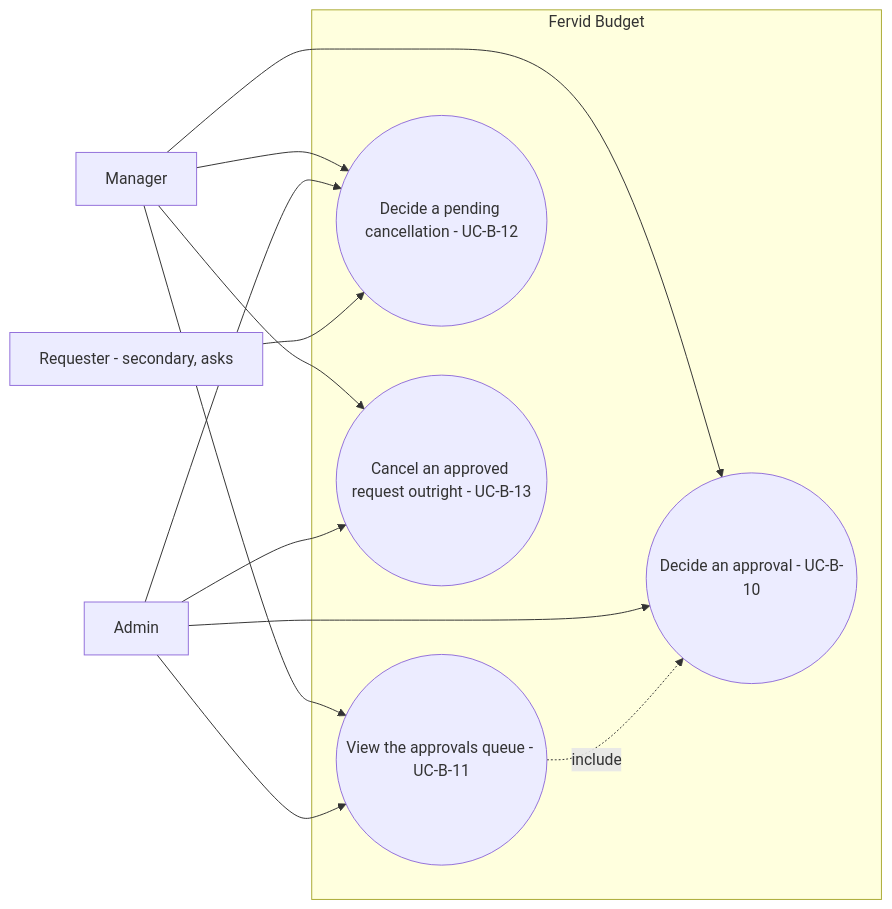
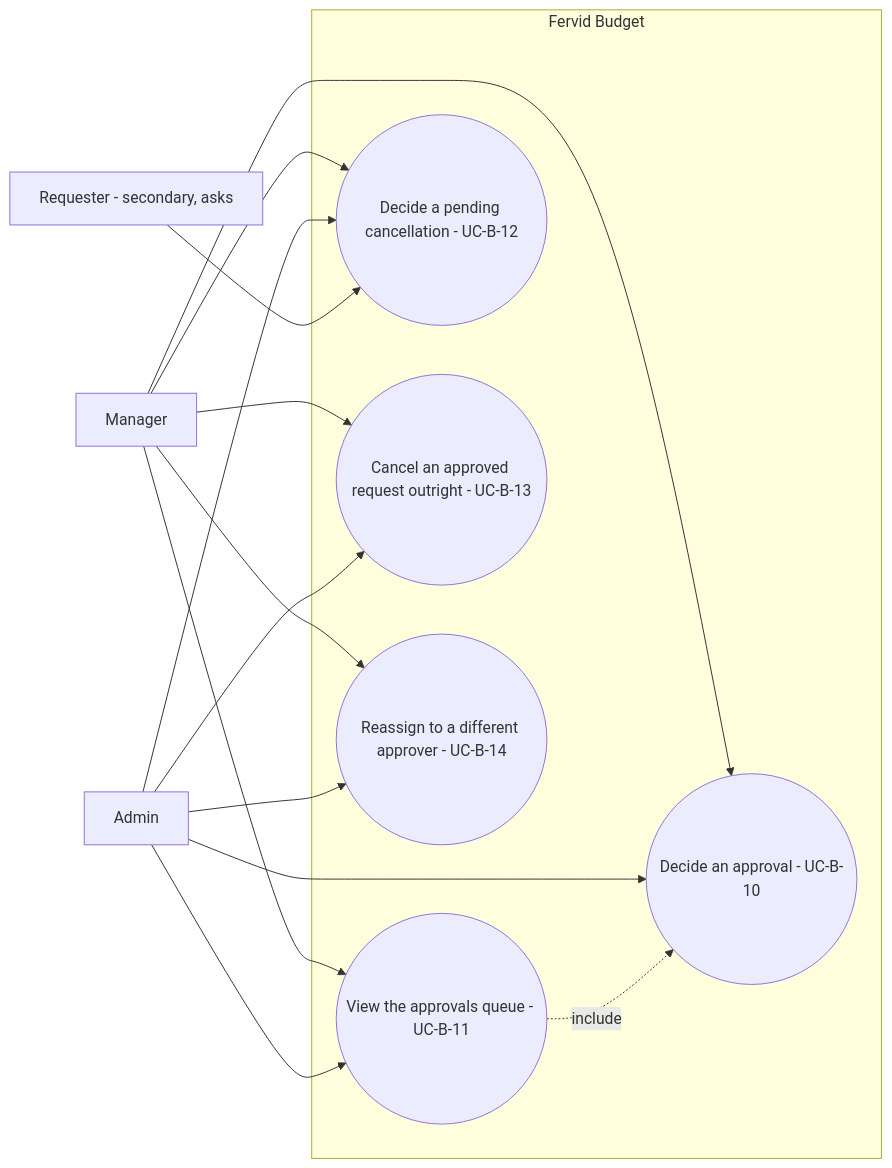
The fifth of 9 diagrams in docs/qa/uml/04-use-case-diagram.md (algotradingfervid/fervid-budget), drawn with Mermaid before and after one commit. The commit also changed other lines of this file and 41 other files, not shown here.

````diff
--- a/docs/qa/uml/04-use-case-diagram.md
+++ b/docs/qa/uml/04-use-case-diagram.md
@@ -243,25 +266,28 @@
 ```mermaid
 flowchart LR
     MG[Manager]
     AD[Admin]
     RQ[Requester - secondary, asks]
 
     subgraph SYS[Fervid Budget]
         UCB10((Decide an approval - UC-B-10))
         UCB11((View the approvals queue - UC-B-11))
         UCB12((Decide a pending cancellation - UC-B-12))
         UCB13((Cancel an approved request outright - UC-B-13))
+        UCB14((Reassign to a different approver - UC-B-14))
     end
 
     MG --> UCB10
     AD --> UCB10
     MG --> UCB11
     AD --> UCB11
     MG --> UCB12
     AD --> UCB12
     MG --> UCB13
     AD --> UCB13
+    MG --> UCB14
+    AD --> UCB14
     RQ --> UCB12
 
     UCB11 -.->|include| UCB10
 ```
````
